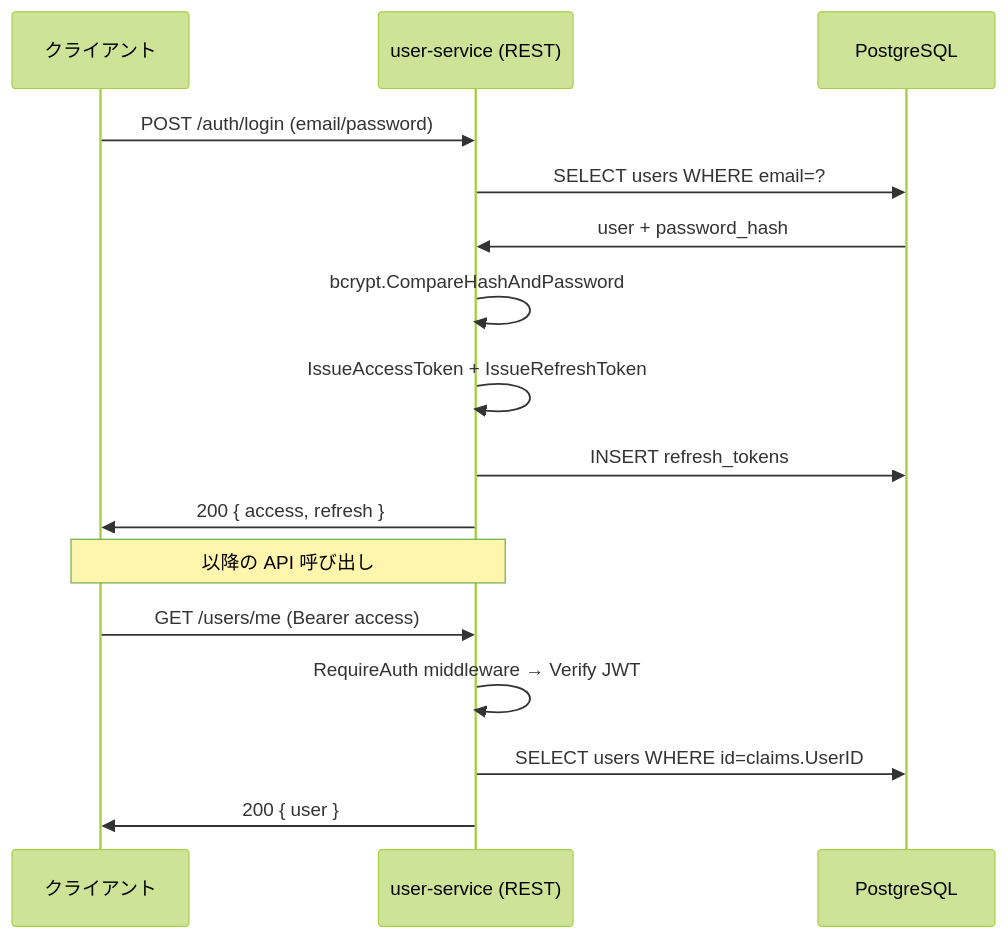
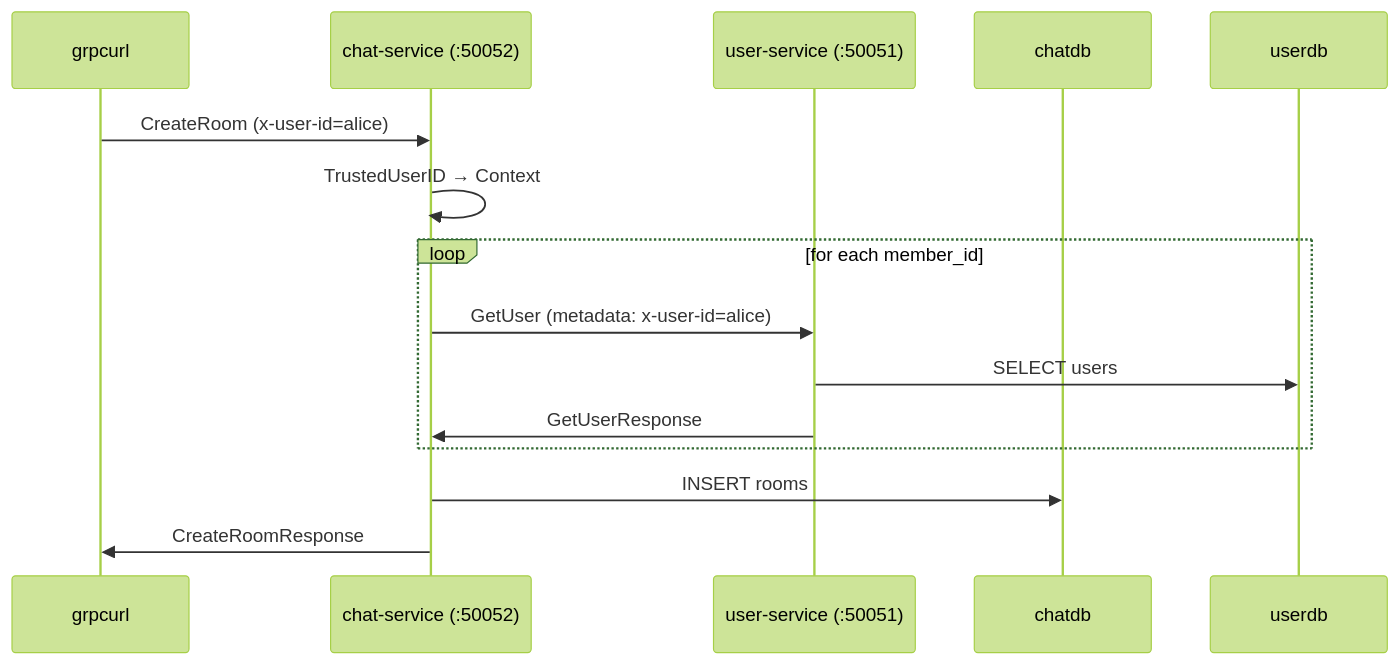
Before and after one commit to shunto-ishiguro/go-microservices-chat: the diagram in docs/learning/phase-2.md, drawn with Mermaid (forest theme). The commit also changed other lines of this file and 4 other files, not shown here.

````diff
--- a/docs/learning/phase-2.md
+++ b/docs/learning/phase-2.md
@@ -484,20 +310,18 @@
 ```mermaid
 sequenceDiagram
-    participant C as クライアント
-    participant US as user-service (REST)
-    participant DB as PostgreSQL
+    participant Dev as grpcurl
+    participant CS as chat-service (:50052)
+    participant US as user-service (:50051)
+    participant DB1 as chatdb
+    participant DB2 as userdb
 
-    C->>US: POST /auth/login (email/password)
-    US->>DB: SELECT users WHERE email=?
-    DB->>US: user + password_hash
-    US->>US: bcrypt.CompareHashAndPassword
-    US->>US: IssueAccessToken + IssueRefreshToken
-    US->>DB: INSERT refresh_tokens
-    US->>C: 200 { access, refresh }
-
-    Note over C,US: 以降の API 呼び出し
-    C->>US: GET /users/me (Bearer access)
-    US->>US: RequireAuth middleware → Verify JWT
-    US->>DB: SELECT users WHERE id=claims.UserID
-    US->>C: 200 { user }
+    Dev->>CS: CreateRoom (x-user-id=alice)
+    CS->>CS: TrustedUserID → Context
+    loop for each member_id
+      CS->>US: GetUser (metadata: x-user-id=alice)
+      US->>DB2: SELECT users
+      US->>CS: GetUserResponse
+    end
+    CS->>DB1: INSERT rooms
+    CS->>Dev: CreateRoomResponse
 ```
````
